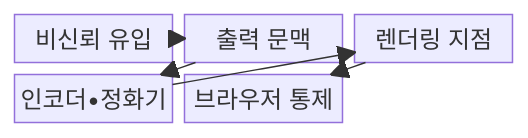
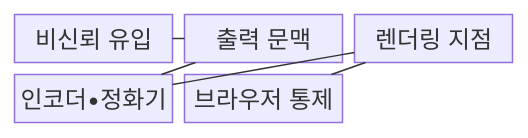
Before and after one commit to agnusdei1207/knowledge-base: the first of 2 diagrams in src/content/docs/notes/05-security/047_xss.md, drawn with Mermaid. The commit also changed other lines of this file and 493 other files, not shown here.

````diff
--- a/src/content/docs/notes/05-security/047_xss.md
+++ b/src/content/docs/notes/05-security/047_xss.md
@@ -66,13 +66,13 @@
 ```mermaid
 block-beta
   columns 3
   A["비신뢰 유입"]
   B["출력 문맥"]
   C["렌더링 지점"]
   D["인코더•정화기"]
   E["브라우저 통제"]
-  A --> B
-  B --> D
-  D --> C
-  C --> E
+  A --- B
+  B --- D
+  D --- C
+  C --- E
 ```
````
